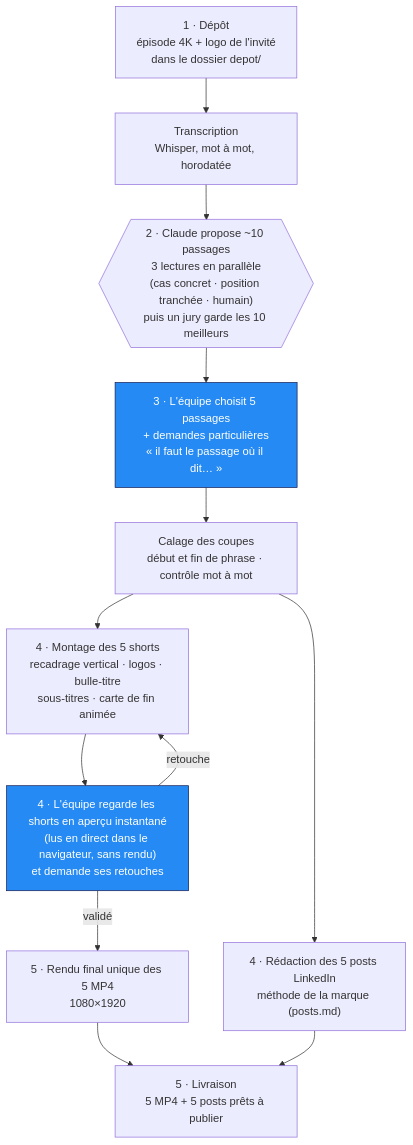
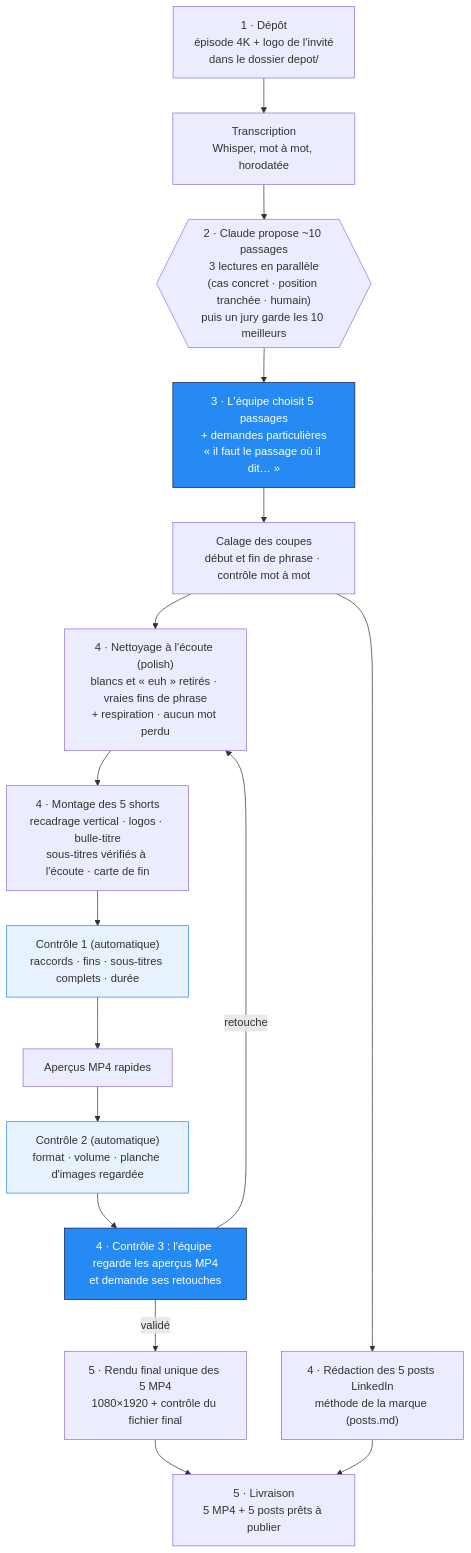
Before and after one commit to arthurw31/podcast-clipper: the first of 2 diagrams in docs/FRAMEWORK.md, drawn with Mermaid. The commit also changed other lines of this file and 14 other files, not shown here.

````diff
--- a/docs/FRAMEWORK.md
+++ b/docs/FRAMEWORK.md
@@ -9,17 +9,23 @@
 ```mermaid
 flowchart TD
     A["1 · Dépôt<br/>épisode 4K + logo de l'invité<br/>dans le dossier depot/"] --> B["Transcription<br/>Whisper, mot à mot, horodatée"]
     B --> C{{"2 · Claude propose ~10 passages<br/>3 lectures en parallèle<br/>(cas concret · position tranchée · humain)<br/>puis un jury garde les 10 meilleurs"}}
     C --> D["3 · L'équipe choisit 5 passages<br/>+ demandes particulières<br/>« il faut le passage où il dit… »"]
     D --> E["Calage des coupes<br/>début et fin de phrase · contrôle mot à mot"]
-    E --> F["4 · Montage des 5 shorts<br/>recadrage vertical · logos · bulle-titre<br/>sous-titres · carte de fin animée"]
-    F --> V["4 · L'équipe regarde les shorts en aperçu instantané<br/>(lus en direct dans le navigateur, sans rendu)<br/>et demande ses retouches"]
-    V -->|retouche| F
+    E --> N["4 · Nettoyage à l'écoute (polish)<br/>blancs et « euh » retirés · vraies fins de phrase<br/>+ respiration · aucun mot perdu"]
+    N --> F["4 · Montage des 5 shorts<br/>recadrage vertical · logos · bulle-titre<br/>sous-titres vérifiés à l'écoute · carte de fin"]
+    F --> Q1["Contrôle 1 (automatique)<br/>raccords · fins · sous-titres complets · durée"]
+    Q1 --> P["Aperçus MP4 rapides"]
+    P --> Q2["Contrôle 2 (automatique)<br/>format · volume · planche d'images regardée"]
+    Q2 --> V["4 · Contrôle 3 : l'équipe regarde les aperçus MP4<br/>et demande ses retouches"]
+    V -->|retouche| N
     E --> G["4 · Rédaction des 5 posts LinkedIn<br/>méthode de la marque (posts.md)"]
-    V -->|validé| R["5 · Rendu final unique des 5 MP4<br/>1080×1920"]
+    V -->|validé| R["5 · Rendu final unique des 5 MP4<br/>1080×1920 + contrôle du fichier final"]
     R --> H["5 · Livraison<br/>5 MP4 + 5 posts prêts à publier"]
     G --> H
 
     classDef human fill:#258AF3,color:#fff,stroke:#151D53;
+    classDef check fill:#E8F1FE,stroke:#258AF3;
     class D,V human;
+    class Q1,Q2 check;
 ```
````
